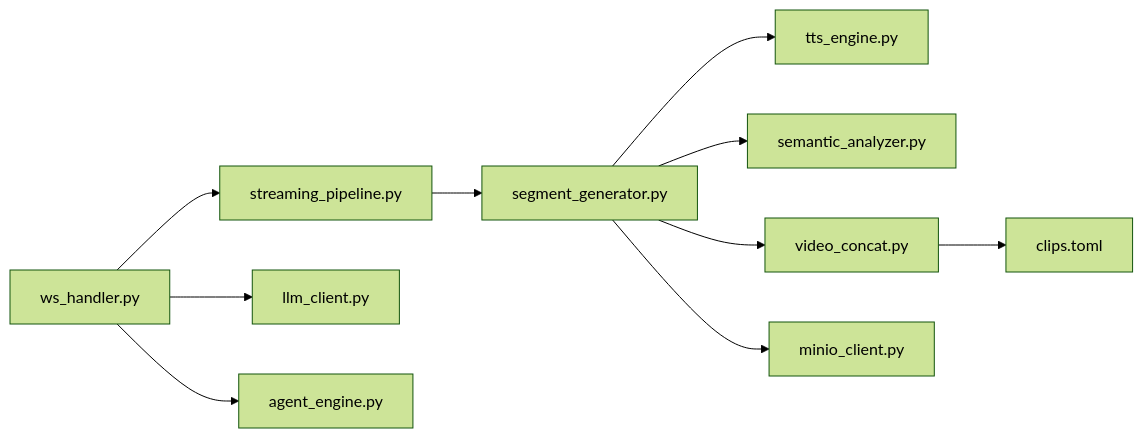
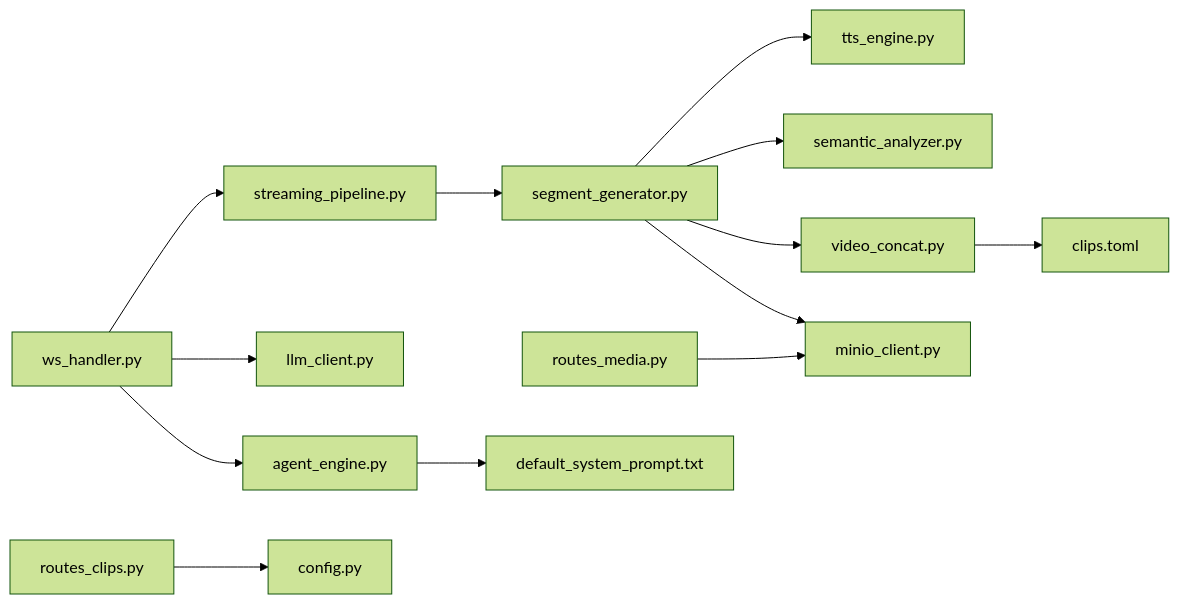
The tenth of 10 diagrams in .qoder/repowiki/zh/content/后端服务/多媒体处理流水线/多媒体处理流水线.md (leo21cn/real-time-talk), drawn with Mermaid (forest theme) before and after one commit. The commit also changed other lines of this file and 9 other files, not shown here.

````diff
--- a/.qoder/repowiki/zh/content/后端服务/多媒体处理流水线/多媒体处理流水线.md
+++ b/.qoder/repowiki/zh/content/后端服务/多媒体处理流水线/多媒体处理流水线.md
@@ -401,12 +502,15 @@
 ```mermaid
 graph LR
 WS["ws_handler.py"] --> PIPE["streaming_pipeline.py"]
 PIPE --> GEN["segment_generator.py"]
 GEN --> TTS["tts_engine.py"]
 GEN --> SEM["semantic_analyzer.py"]
 GEN --> VC["video_concat.py"]
 GEN --> MINIO["minio_client.py"]
 WS --> LLM["llm_client.py"]
 WS --> AGENT["agent_engine.py"]
-VC --> CLIPS["clips.toml"]
+MEDIA["routes_media.py"] --> MINIO
+CLIPS["routes_clips.py"] --> CFG["config.py"]
+VC --> CLIPSDIR["clips.toml"]
+AGENT --> PROMPT["default_system_prompt.txt"]
 ```
````
